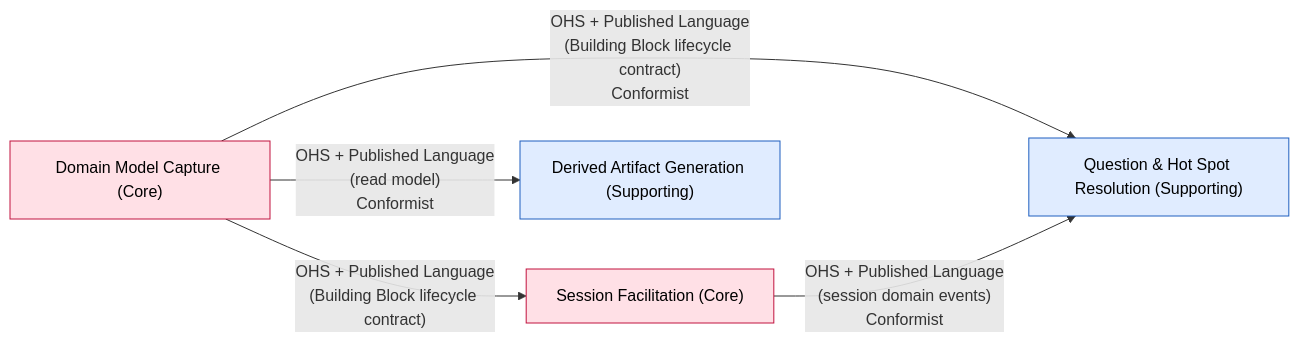
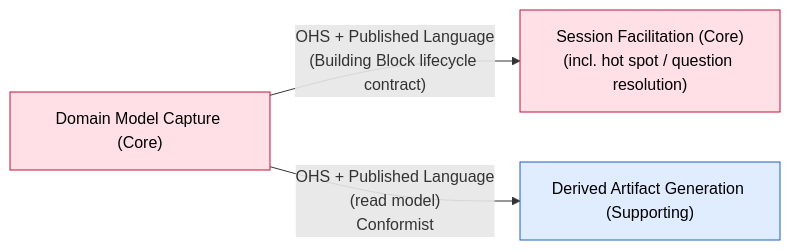
One commit to vinialbano/eventstormer changed the diagram in docs/domain/context-map.md. Above: the diagram before and after it, drawn with Mermaid. The commit also changed other lines of this file and 16 other files, not shown here.

First line of the commit message:
docs: Design-Level EventStorming on Question & Hot Spot Resolution, seam-collapse, and Big Picture resume  (#6)

````diff
--- a/docs/domain/context-map.md
+++ b/docs/domain/context-map.md
@@ -37,19 +41,15 @@
 ```mermaid
 flowchart LR
   Capture["Domain Model Capture (Core)"]
-  Facil["Session Facilitation (Core)"]
-  HotSpot["Question & Hot Spot Resolution (Supporting)"]
+  Facil["Session Facilitation (Core)\n(incl. hot spot / question resolution)"]
   Artifact["Derived Artifact Generation (Supporting)"]
 
   Capture -->|"OHS + Published Language\n(Building Block lifecycle contract)"| Facil
-  Capture -->|"OHS + Published Language\n(Building Block lifecycle contract)\nConformist"| HotSpot
   Capture -->|"OHS + Published Language\n(read model)\nConformist"| Artifact
-  Facil -->|"OHS + Published Language\n(session domain events)\nConformist"| HotSpot
 
   classDef core fill:#ffe0e6,stroke:#c1123e,color:#000
   classDef sup fill:#e0ecff,stroke:#1f5fbf,color:#000
   class Capture core
   class Facil core
-  class HotSpot sup
   class Artifact sup
 ```
````
